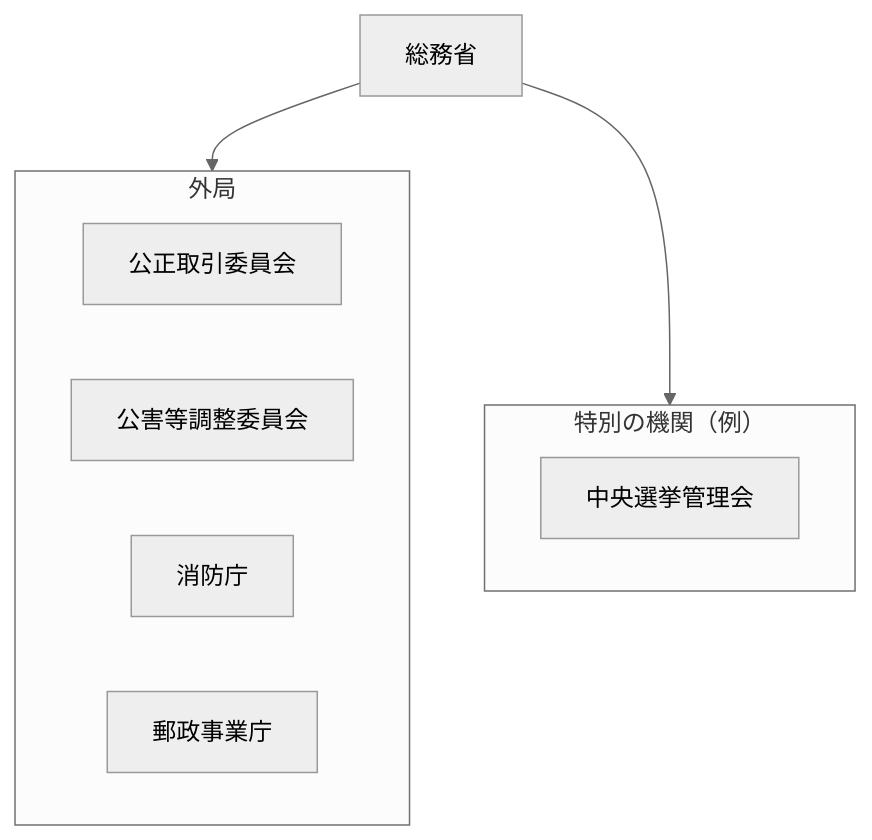
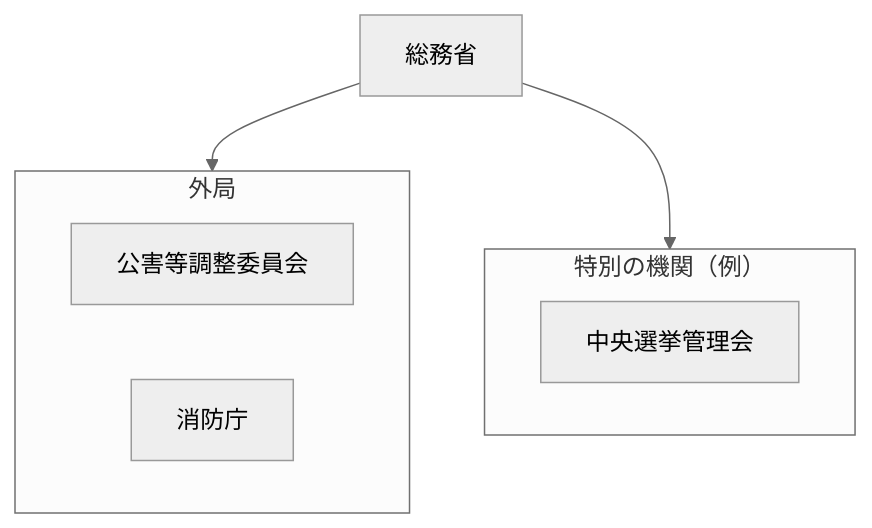
Before and after one commit to tatemaru/jp-admin-org-chart: the diagram in 行政機構/総務省/README.md, drawn with Mermaid (neutral theme). The commit also changed 2 other files, not shown here.

Commit message:
feat(公正取引委員会): 公正取引委員会を内閣府の外局へ移管
根拠: 関連整備法
施行: 2003-04-09
出典: https://ja.wikipedia.org/wiki/中央省庁再編
関連: 郵政事業庁は同年日本郵政公社化

種別: 移管

````diff
--- a/行政機構/総務省/README.md
+++ b/行政機構/総務省/README.md
@@ -5,15 +5,13 @@
 ```mermaid
 flowchart TB
   root["総務省"]
   subgraph g0["外局"]
-    n0_0["公正取引委員会"]
-    n0_1["公害等調整委員会"]
-    n0_2["消防庁"]
-    n0_3["郵政事業庁"]
+    n0_0["公害等調整委員会"]
+    n0_1["消防庁"]
   end
   root --> g0
   subgraph g1["特別の機関（例）"]
     n1_0["中央選挙管理会"]
   end
   root --> g1
 ```
````
